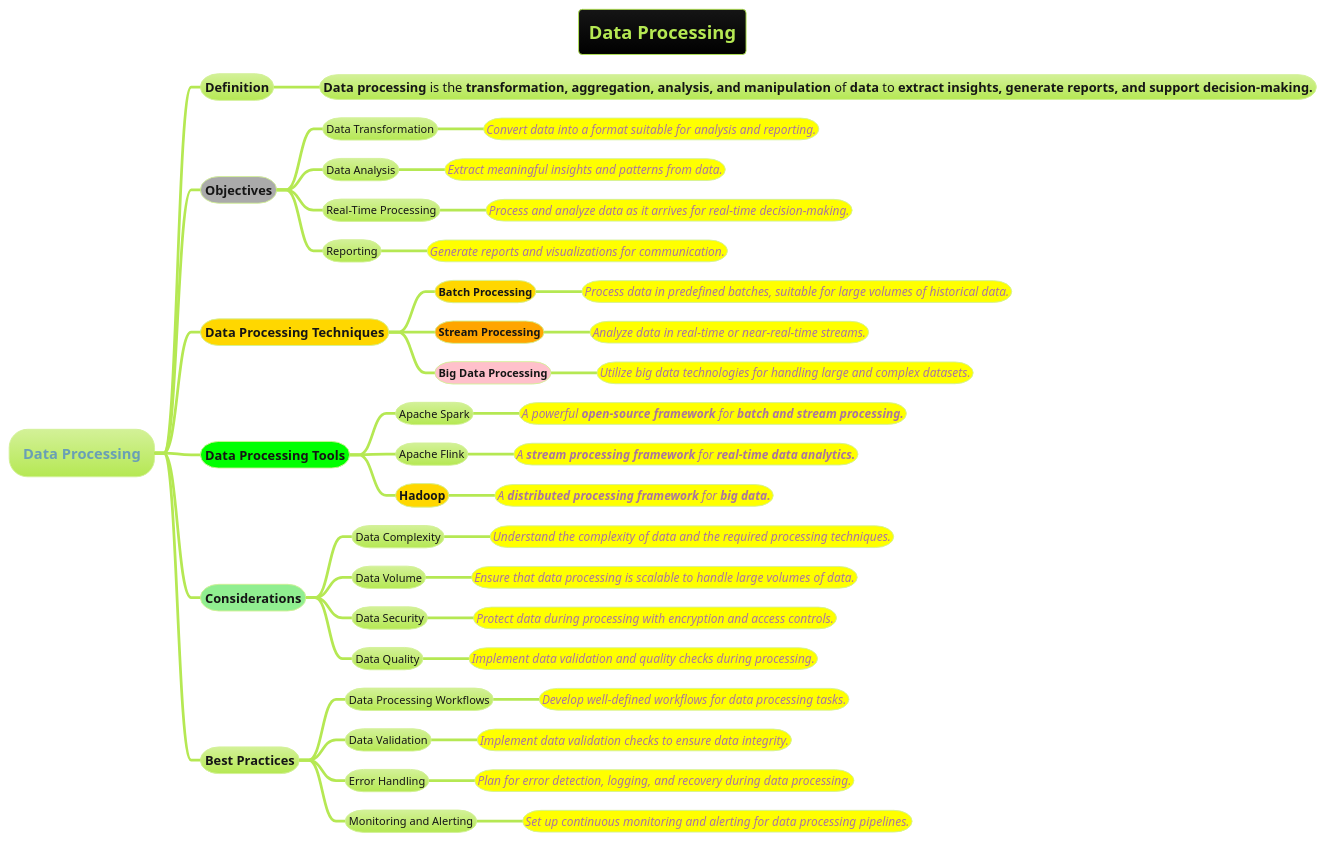
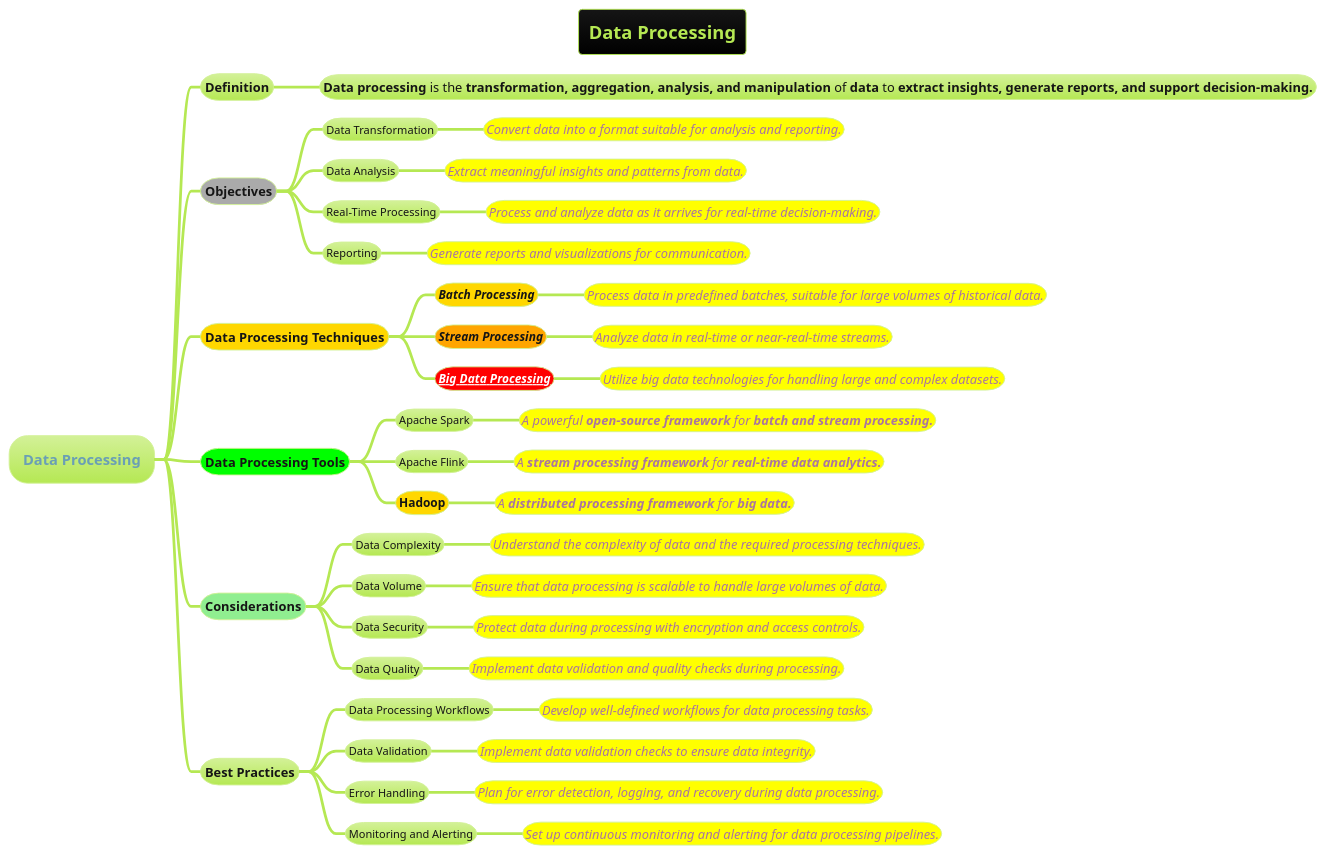
Before and after one commit to MehmoodHashmi/Documentation-as-Code-DaC: the diagram in docs/AI-ML- DL-Data-Science-and-BigData/data-science/data-engineering/Data-Processing.puml, drawn with PlantUML. The commit also changed 2 other files, not shown here.

```diff
--- a/docs/AI-ML- DL-Data-Science-and-BigData/data-science/data-engineering/Data-Processing.puml
+++ b/docs/AI-ML- DL-Data-Science-and-BigData/data-science/data-engineering/Data-Processing.puml
@@ -1,57 +1,57 @@
 @startmindmap
 title Data Processing
 !theme hacker
 
 * Data Processing
 ** Definition
 *** <size:14>**Data processing** is the **transformation, aggregation, analysis, and manipulation** of **data** to **extract insights, generate reports, and support decision-making.**
 
 **[#a] Objectives
 *** Data Transformation
-****[#yellow] ====<size:13>Convert data into a format suitable for analysis and reporting.
+****[#yellow] ====<size:14>Convert data into a format suitable for analysis and reporting.
 *** Data Analysis
-****[#yellow] ====<size:13>Extract meaningful insights and patterns from data.
+****[#yellow] ====<size:14>Extract meaningful insights and patterns from data.
 *** Real-Time Processing
-****[#yellow] ====<size:13>Process and analyze data as it arrives for real-time decision-making.
+****[#yellow] ====<size:14>Process and analyze data as it arrives for real-time decision-making.
 *** Reporting
-****[#yellow] ====<size:13>Generate reports and visualizations for communication.
+****[#yellow] ====<size:14>Generate reports and visualizations for communication.
 
 **[#gold] Data Processing Techniques
-***[#gold] **Batch Processing**
-****[#yellow] ====<size:13>Process data in predefined batches, suitable for large volumes of historical data.
-***[#orange] **Stream Processing**
-****[#yellow] ====<size:13>Analyze data in real-time or near-real-time streams.
-***[#pink] **Big Data Processing**
-****[#yellow] ====<size:13>Utilize big data technologies for handling large and complex datasets.
+***[#gold] ====<size:13>**Batch Processing**
+****[#yellow] ====<size:14>Process data in predefined batches, suitable for large volumes of historical data.
+***[#orange] ====<size:13>**Stream Processing**
+****[#yellow] ====<size:14>Analyze data in real-time or near-real-time streams.
+***[#red] ====<size:13>**[[data-pipeline/Big-Data-Processing.puml Big Data Processing]]**
+****[#yellow] ====<size:14>Utilize big data technologies for handling large and complex datasets.
 
 **[#lime] Data Processing Tools
 *** Apache Spark
-****[#yellow] ====<size:13>A powerful **open-source framework** for **batch and stream processing.**
+****[#yellow] ====<size:14>A powerful **open-source framework** for **batch and stream processing.**
 *** Apache Flink
-****[#yellow] ====<size:13>A **stream processing framework** for **real-time data analytics.**
+****[#yellow] ====<size:14>A **stream processing framework** for **real-time data analytics.**
 ***[#gold] ===Hadoop
-****[#yellow] ====<size:13>A **distributed processing framework** for **big data.**
+****[#yellow] ====<size:14>A **distributed processing framework** for **big data.**
 
 **[#lightgreen] Considerations
 *** Data Complexity
-****[#yellow] ====<size:13>Understand the complexity of data and the required processing techniques.
+****[#yellow] ====<size:14>Understand the complexity of data and the required processing techniques.
 *** Data Volume
-****[#yellow] ====<size:13>Ensure that data processing is scalable to handle large volumes of data.
+****[#yellow] ====<size:14>Ensure that data processing is scalable to handle large volumes of data.
 
 *** Data Security
-****[#yellow] ====<size:13>Protect data during processing with encryption and access controls.
+****[#yellow] ====<size:14>Protect data during processing with encryption and access controls.
 
 *** Data Quality
-****[#yellow] ====<size:13>Implement data validation and quality checks during processing.
+****[#yellow] ====<size:14>Implement data validation and quality checks during processing.
 
 ** Best Practices
 *** Data Processing Workflows
-****[#yellow] ====<size:13>Develop well-defined workflows for data processing tasks.
+****[#yellow] ====<size:14>Develop well-defined workflows for data processing tasks.
 *** Data Validation
-****[#yellow] ====<size:13>Implement data validation checks to ensure data integrity.
+****[#yellow] ====<size:14>Implement data validation checks to ensure data integrity.
 *** Error Handling
-****[#yellow] ====<size:13>Plan for error detection, logging, and recovery during data processing.
+****[#yellow] ====<size:14>Plan for error detection, logging, and recovery during data processing.
 *** Monitoring and Alerting
-****[#yellow] ====<size:13>Set up continuous monitoring and alerting for data processing pipelines.
+****[#yellow] ====<size:14>Set up continuous monitoring and alerting for data processing pipelines.
 
 @endmindmap
```
